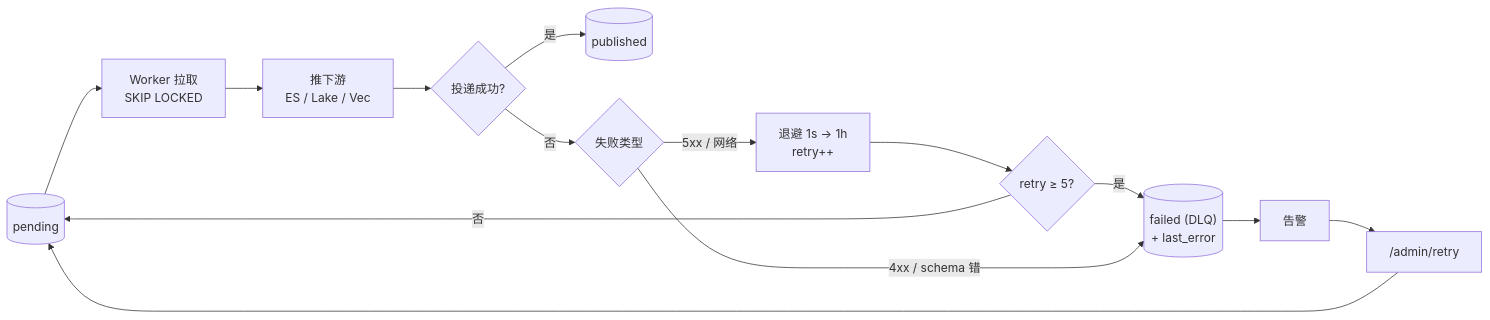
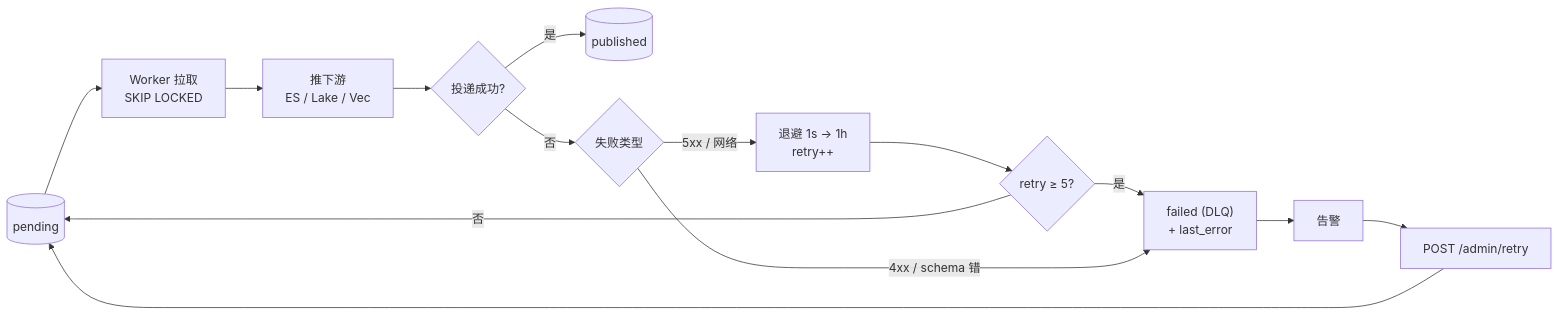
The eighth of 11 diagrams in docs/review/data-platform-design.md (rouse2617/Databricks4robot), drawn with Mermaid before and after one commit. The commit also changed other lines of this file and 1 other file, not shown here.

````diff
--- a/docs/review/data-platform-design.md
+++ b/docs/review/data-platform-design.md
@@ -998,13 +1077,13 @@
 ```mermaid
 flowchart LR
-    Event[("pending")] --> Pull["Worker 拉取<br/>SKIP LOCKED"] --> Push["推下游<br/>ES / Lake / Vec"]
+    Event[(pending)] --> Pull[Worker 拉取<br>SKIP LOCKED] --> Push[推下游<br>ES / Lake / Vec]
     Push --> OK{投递成功?}
-    OK -- 是 --> Mark[("published")]
+    OK -- 是 --> Mark[(published)]
     OK -- 否 --> ErrType{失败类型}
-    ErrType -- "5xx / 网络" --> Backoff["退避 1s → 1h<br/>retry++"]
+    ErrType -->|5xx / 网络| Backoff[退避 1s → 1h<br>retry++]
     Backoff --> LimitCheck{retry ≥ 5?}
     LimitCheck -- 否 --> Event
     LimitCheck -- 是 --> DLQ
-    ErrType -- "4xx / schema 错" --> DLQ[("failed (DLQ)<br/>+ last_error")]
-    DLQ --> Alert["告警"] --> Admin["/admin/retry"] --> Event
+    ErrType -->|4xx / schema 错| DLQ["failed (DLQ)<br>+ last_error"]
+    DLQ --> Alert[告警] --> Admin[POST /admin/retry] --> Event
 ```
````
